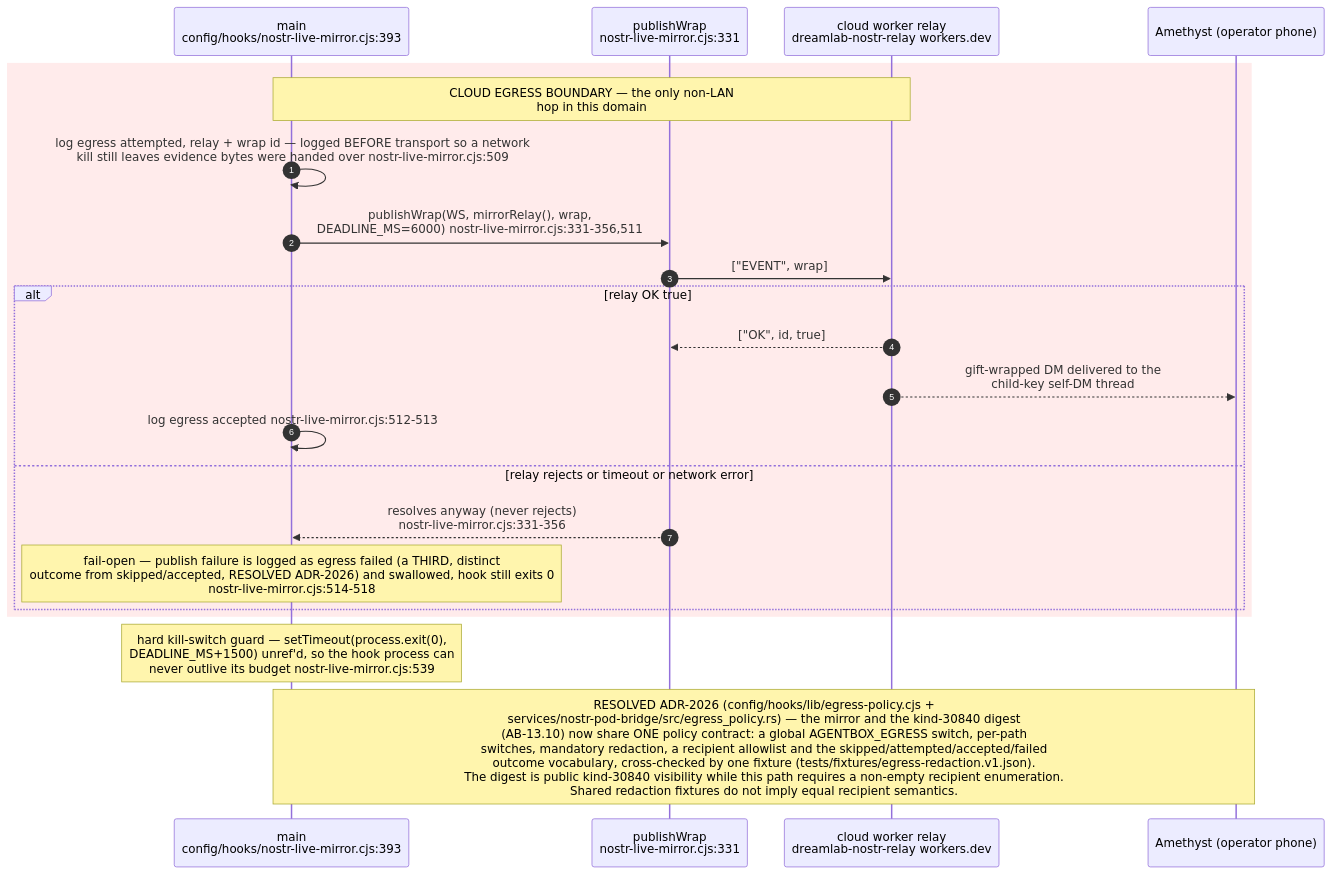
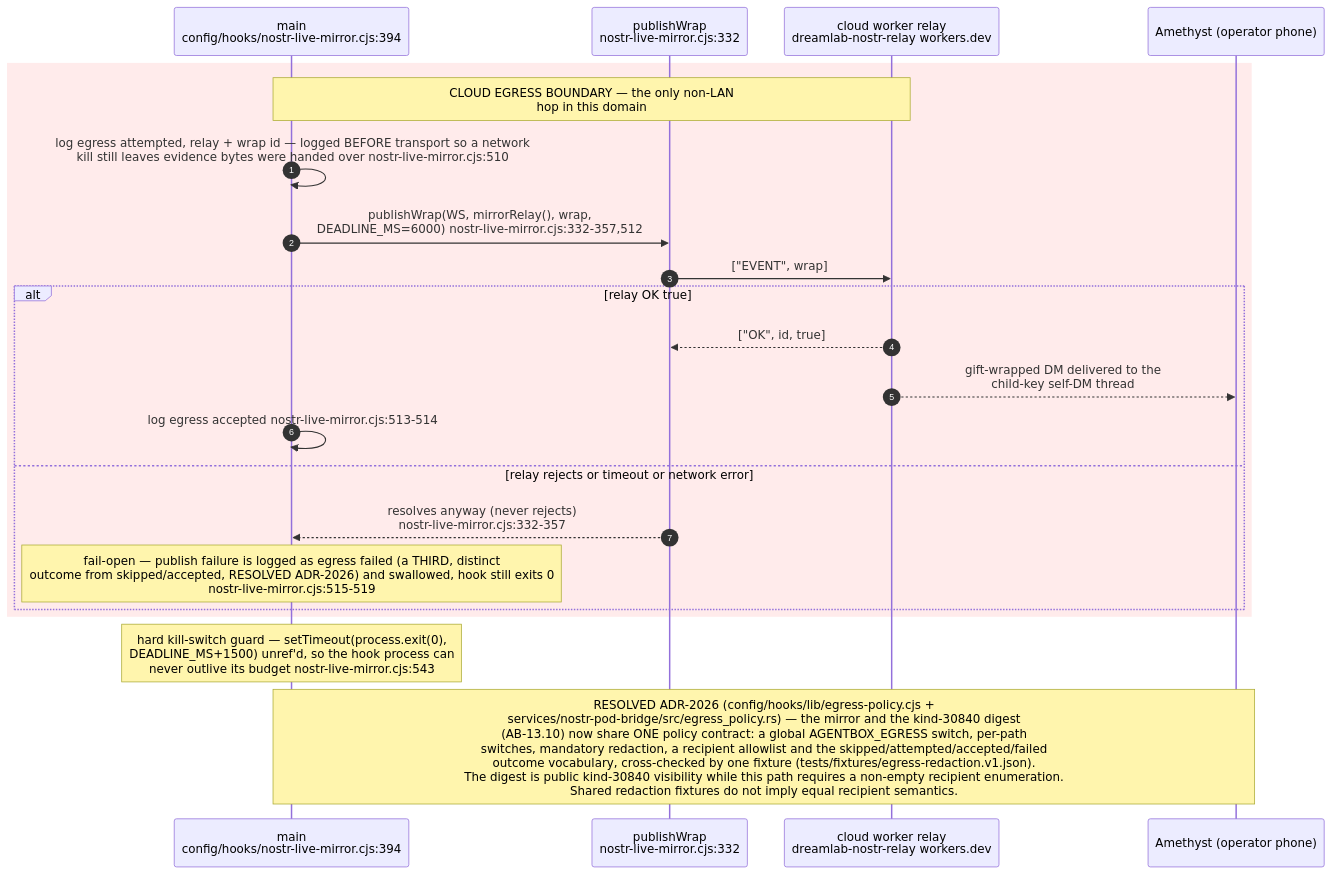
Before and after one commit to DreamLab-AI/VisionFlow: diagram 12 of 16 in docs/diagrams/agentbox/13-nostr-relay-gateway-bridge-mirror.md, drawn with Mermaid. The commit also changed other lines of this file and 111 other files, not shown here.

Commit message:
docs(diagrams): align estate maps with current source

````diff
--- a/docs/diagrams/agentbox/13-nostr-relay-gateway-bridge-mirror.md
+++ b/docs/diagrams/agentbox/13-nostr-relay-gateway-bridge-mirror.md
@@ -498,25 +502,25 @@
 ```mermaid
 sequenceDiagram
     autonumber
-    participant MAIN as main<br/>config/hooks/nostr-live-mirror.cjs:393
-    participant PUB as publishWrap<br/>nostr-live-mirror.cjs:331
+    participant MAIN as main<br/>config/hooks/nostr-live-mirror.cjs:394
+    participant PUB as publishWrap<br/>nostr-live-mirror.cjs:332
     participant CLOUD as cloud worker relay<br/>dreamlab-nostr-relay workers.dev
     participant AME as Amethyst (operator phone)
 
     rect rgb(255, 235, 235)
 Note over MAIN,CLOUD: CLOUD EGRESS BOUNDARY — the only non-LAN<br/>hop in this domain
-MAIN->>MAIN: log egress attempted, relay + wrap id — logged BEFORE transport so a network<br/>kill still leaves evidence bytes were handed over nostr-live-mirror.cjs:509
-MAIN->>PUB: publishWrap(WS, mirrorRelay(), wrap,<br/>DEADLINE_MS=6000) nostr-live-mirror.cjs:331-356,511
+MAIN->>MAIN: log egress attempted, relay + wrap id — logged BEFORE transport so a network<br/>kill still leaves evidence bytes were handed over nostr-live-mirror.cjs:510
+MAIN->>PUB: publishWrap(WS, mirrorRelay(), wrap,<br/>DEADLINE_MS=6000) nostr-live-mirror.cjs:332-357,512
     PUB->>CLOUD: ["EVENT", wrap]
     alt relay OK true
         CLOUD-->>PUB: ["OK", id, true]
         CLOUD-->>AME: gift-wrapped DM delivered to the<br/>child-key self-DM thread
-        MAIN->>MAIN: log egress accepted nostr-live-mirror.cjs:512-513
+        MAIN->>MAIN: log egress accepted nostr-live-mirror.cjs:513-514
     else relay rejects or timeout or network error
-PUB-->>MAIN: resolves anyway (never rejects)<br/>nostr-live-mirror.cjs:331-356
-Note over MAIN: fail-open — publish failure is logged as egress failed (a THIRD, distinct<br/>outcome from skipped/accepted, RESOLVED ADR-2026) and swallowed, hook still exits 0<br/>nostr-live-mirror.cjs:514-518
+PUB-->>MAIN: resolves anyway (never rejects)<br/>nostr-live-mirror.cjs:332-357
+Note over MAIN: fail-open — publish failure is logged as egress failed (a THIRD, distinct<br/>outcome from skipped/accepted, RESOLVED ADR-2026) and swallowed, hook still exits 0<br/>nostr-live-mirror.cjs:515-519
     end
     end
-Note over MAIN: hard kill-switch guard — setTimeout(process.exit(0),<br/>DEADLINE_MS+1500) unref'd, so the hook process can<br/>never outlive its budget nostr-live-mirror.cjs:539
+Note over MAIN: hard kill-switch guard — setTimeout(process.exit(0),<br/>DEADLINE_MS+1500) unref'd, so the hook process can<br/>never outlive its budget nostr-live-mirror.cjs:543
 Note over MAIN,AME: RESOLVED ADR-2026 (config/hooks/lib/egress-policy.cjs +<br/>services/nostr-pod-bridge/src/egress_policy.rs) — the mirror and the kind-30840 digest<br/>(AB-13.10) now share ONE policy contract: a global AGENTBOX_EGRESS switch, per-path<br/>switches, mandatory redaction, a recipient allowlist and the skipped/attempted/accepted/failed<br/>outcome vocabulary, cross-checked by one fixture (tests/fixtures/egress-redaction.v1.json).<br/>The digest is public kind-30840 visibility while this path requires a non-empty recipient enumeration.<br/>Shared redaction fixtures do not imply equal recipient semantics.
 ```
````
